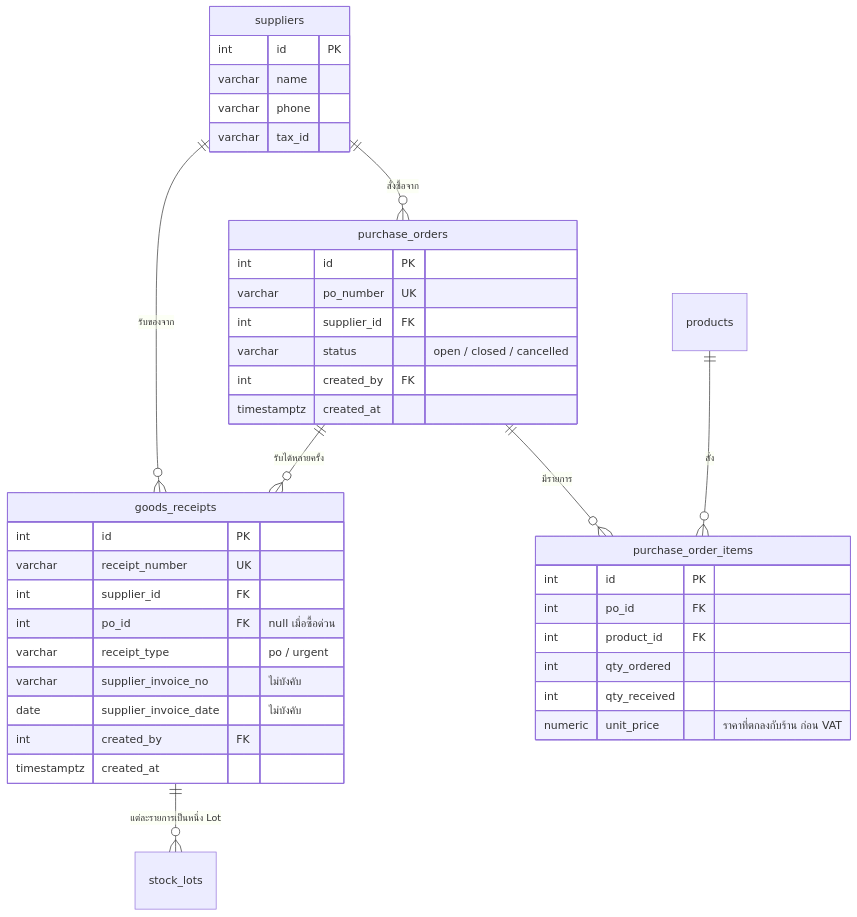
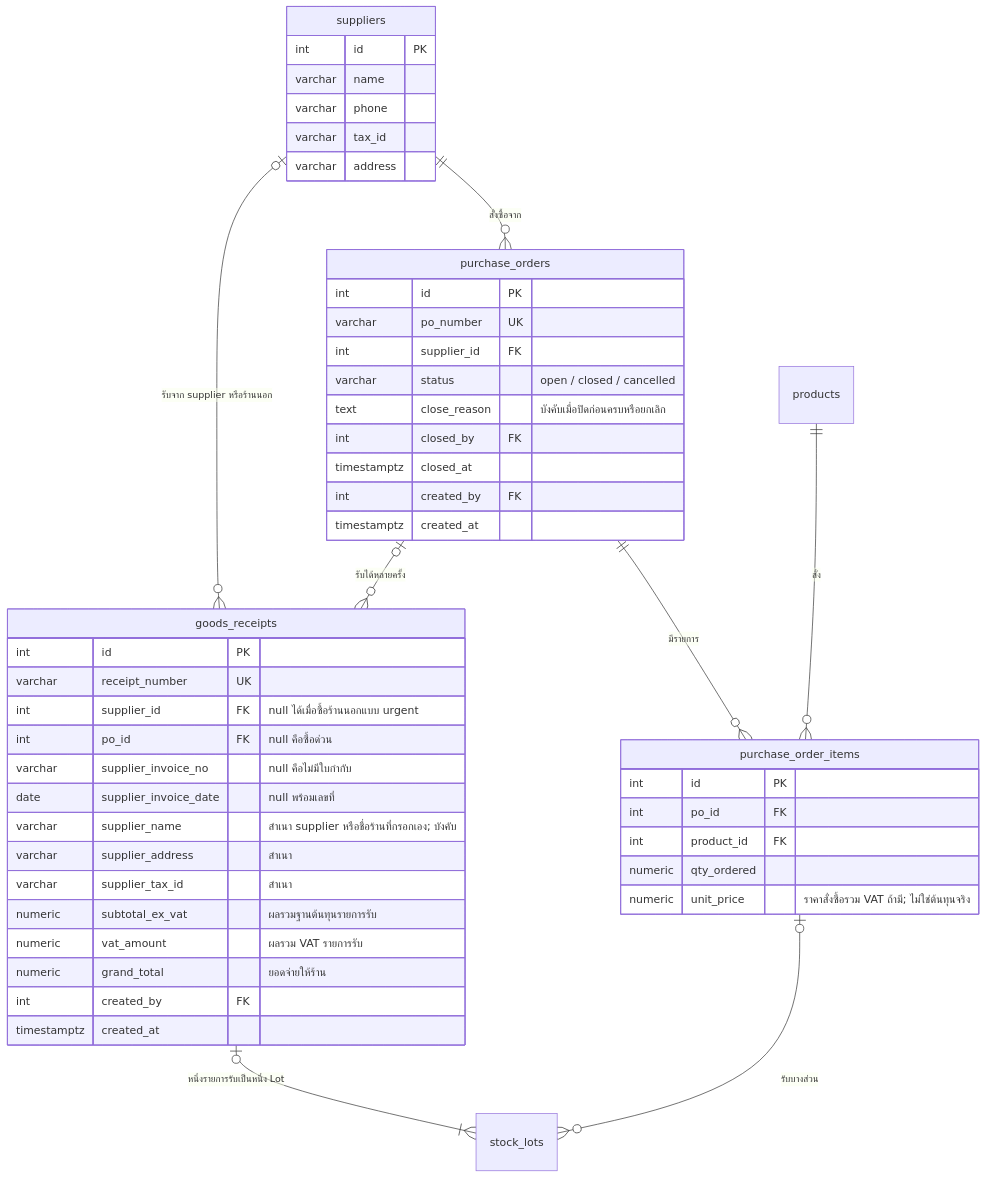
The fifth of 9 diagrams in data_model.md (kaewjamsai0193/Garage_Final_Project), drawn with Mermaid before and after one commit. The commit also changed other lines of this file and 3 other files, not shown here.

````diff
--- a/data_model.md
+++ b/data_model.md
@@ -149,46 +168,55 @@
 ```mermaid
 erDiagram
     suppliers ||--o{ purchase_orders : "สั่งซื้อจาก"
-    suppliers ||--o{ goods_receipts : "รับของจาก"
+    suppliers |o--o{ goods_receipts : "รับจาก supplier หรือร้านนอก"
     purchase_orders ||--o{ purchase_order_items : "มีรายการ"
-    purchase_orders ||--o{ goods_receipts : "รับได้หลายครั้ง"
-    goods_receipts ||--o{ stock_lots : "แต่ละรายการเป็นหนึ่ง Lot"
+    purchase_orders |o--o{ goods_receipts : "รับได้หลายครั้ง"
+    goods_receipts |o--|{ stock_lots : "หนึ่งรายการรับเป็นหนึ่ง Lot"
+    purchase_order_items |o--o{ stock_lots : "รับบางส่วน"
     products ||--o{ purchase_order_items : "สั่ง"
 
     suppliers {
         int id PK
         varchar name
         varchar phone
         varchar tax_id
+        varchar address
     }
 
     purchase_orders {
         int id PK
         varchar po_number UK
         int supplier_id FK
         varchar status "open / closed / cancelled"
+        text close_reason "บังคับเมื่อปิดก่อนครบหรือยกเลิก"
+        int closed_by FK
+        timestamptz closed_at
         int created_by FK
         timestamptz created_at
     }
 
     purchase_order_items {
         int id PK
         int po_id FK
         int product_id FK
-        int qty_ordered
-        int qty_received
-        numeric unit_price "ราคาที่ตกลงกับร้าน ก่อน VAT"
+        numeric qty_ordered
+        numeric unit_price "ราคาสั่งซื้อรวม VAT ถ้ามี; ไม่ใช่ต้นทุนจริง"
     }
 
     goods_receipts {
         int id PK
         varchar receipt_number UK
-        int supplier_id FK
-        int po_id FK "null เมื่อซื้อด่วน"
-        varchar receipt_type "po / urgent"
-        varchar supplier_invoice_no "ไม่บังคับ"
-        date supplier_invoice_date "ไม่บังคับ"
+        int supplier_id FK "null ได้เมื่อซื้อร้านนอกแบบ urgent"
+        int po_id FK "null คือซื้อด่วน"
+        varchar supplier_invoice_no "null คือไม่มีใบกำกับ"
+        date supplier_invoice_date "null พร้อมเลขที่"
+        varchar supplier_name "สำเนา supplier หรือชื่อร้านที่กรอกเอง; บังคับ"
+        varchar supplier_address "สำเนา"
+        varchar supplier_tax_id "สำเนา"
+        numeric subtotal_ex_vat "ผลรวมฐานต้นทุนรายการรับ"
+        numeric vat_amount "ผลรวม VAT รายการรับ"
+        numeric grand_total "ยอดจ่ายให้ร้าน"
         int created_by FK
         timestamptz created_at
     }
 ```
````
